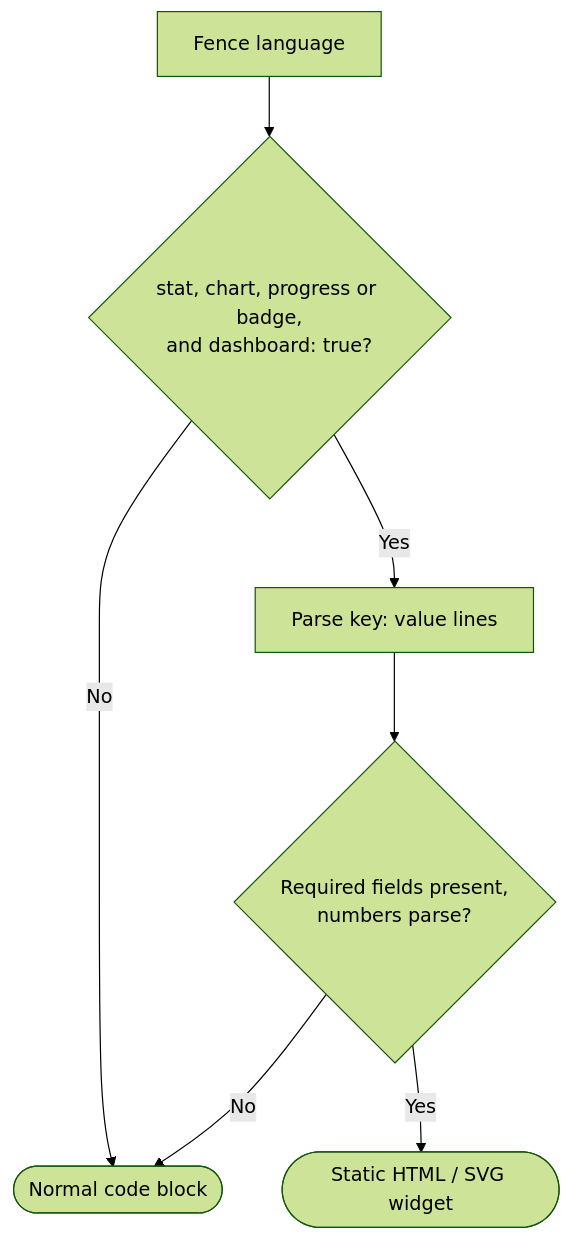
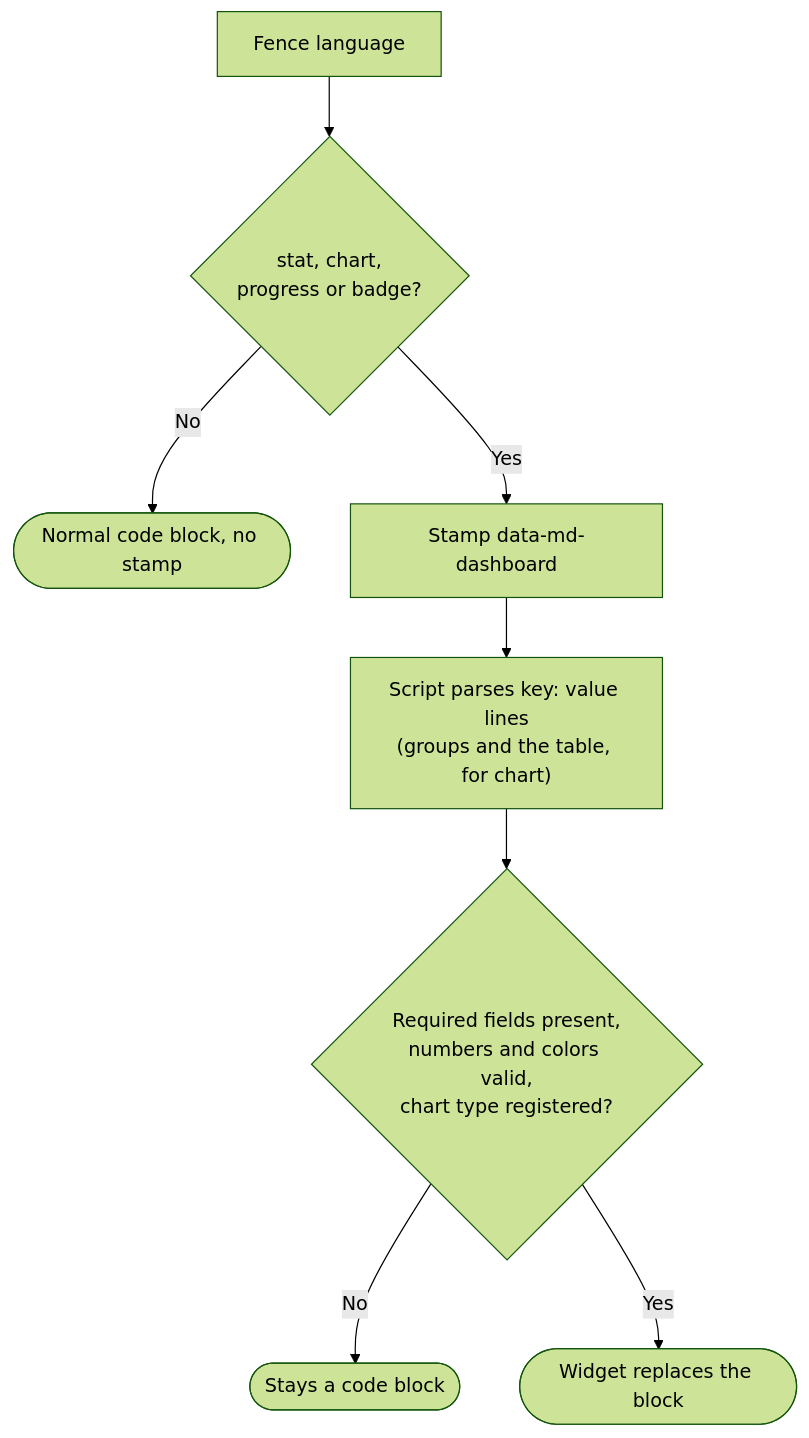
One commit to bluzky/daisy-app changed the fifth of 5 diagrams in docs/features/markdown-dashboard.md. Above: the diagram before and after it, drawn with Mermaid (forest theme). The commit also changed other lines of this file and 49 other files, not shown here.

````diff
--- a/docs/features/markdown-dashboard.md
+++ b/docs/features/markdown-dashboard.md
@@ -140,9 +257,10 @@
 ```mermaid
 flowchart TD
-    A["Fence language"] --> B{"stat, chart, progress or badge,<br/>and dashboard: true?"}
-    B -- No --> C(["Normal code block"])
-    B -- Yes --> D["Parse key: value lines"]
-    D --> E{"Required fields present,<br/>numbers parse?"}
-    E -- No --> C
-    E -- Yes --> F(["Static HTML / SVG widget"])
+    A["Fence language"] --> B{"stat, chart,<br/>progress or badge?"}
+    B -- No --> C(["Normal code block, no stamp"])
+    B -- Yes --> D["Stamp data-md-dashboard"]
+    D --> E["Script parses key: value lines<br/>(groups and the table, for chart)"]
+    E --> F{"Required fields present,<br/>numbers and colors valid,<br/>chart type registered?"}
+    F -- No --> G(["Stays a code block"])
+    F -- Yes --> H(["Widget replaces the block"])
 ```
````
